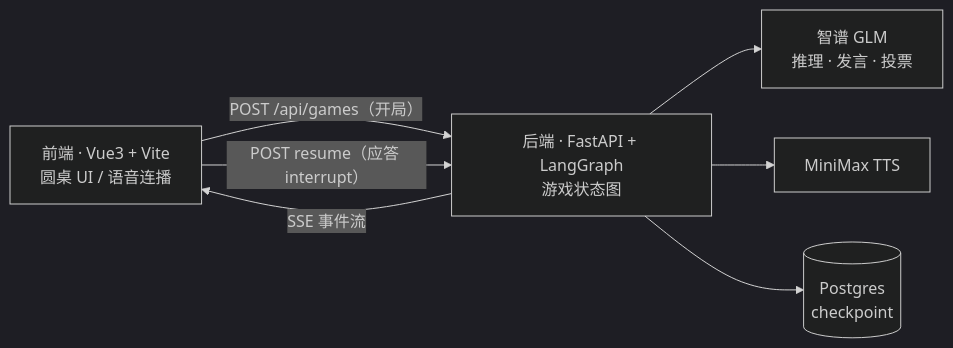
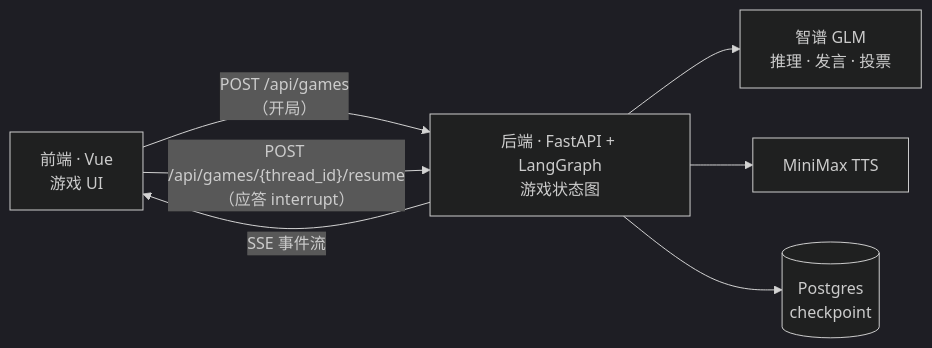
Before and after one commit to xvrzhao/who-is-spy: the first of 2 diagrams in README.md, drawn with Mermaid (dark theme). The commit also changed other lines of this file, not shown here.

````diff
--- a/README.md
+++ b/README.md
@@ -16,11 +18,11 @@
 ```mermaid
 flowchart LR
-    fe["前端 · Vue3 + Vite<br/>圆桌 UI / 语音连播"]
+    fe["前端 · Vue<br/>游戏 UI"]
     be["后端 · FastAPI + LangGraph<br/>游戏状态图"]
-    fe -- "POST /api/games（开局）" --> be
-    fe -- "POST resume（应答 interrupt）" --> be
+    fe -- "POST /api/games<br>（开局）" --> be
+    fe -- "POST /api/games/{thread_id}/resume<br>（应答 interrupt）" --> be
     be -- "SSE 事件流" --> fe
     be --> llm["智谱 GLM<br/>推理 · 发言 · 投票"]
     be --> tts["MiniMax TTS"]
     be --> pg[("Postgres<br/>checkpoint")]
 ```
````
